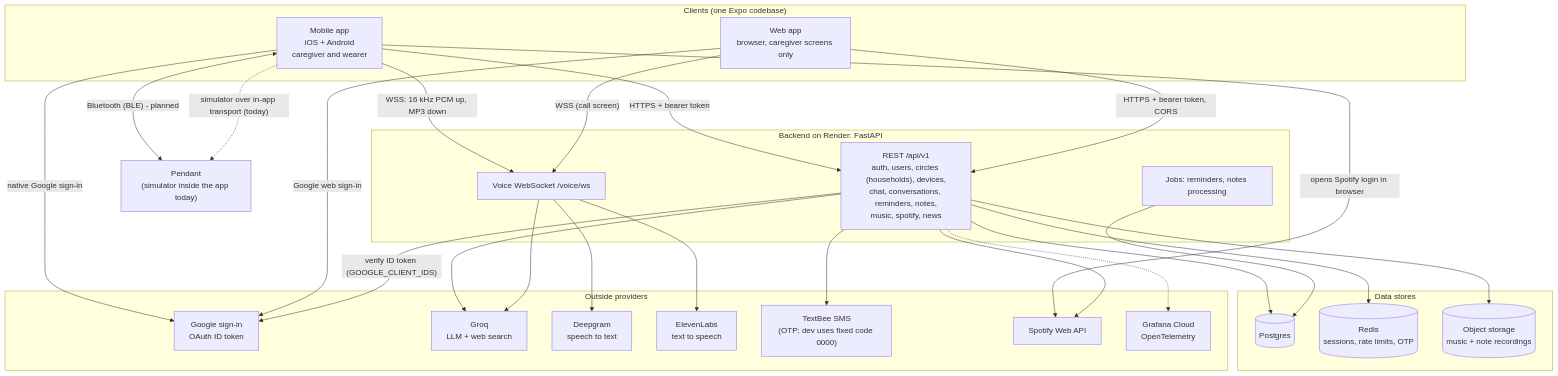
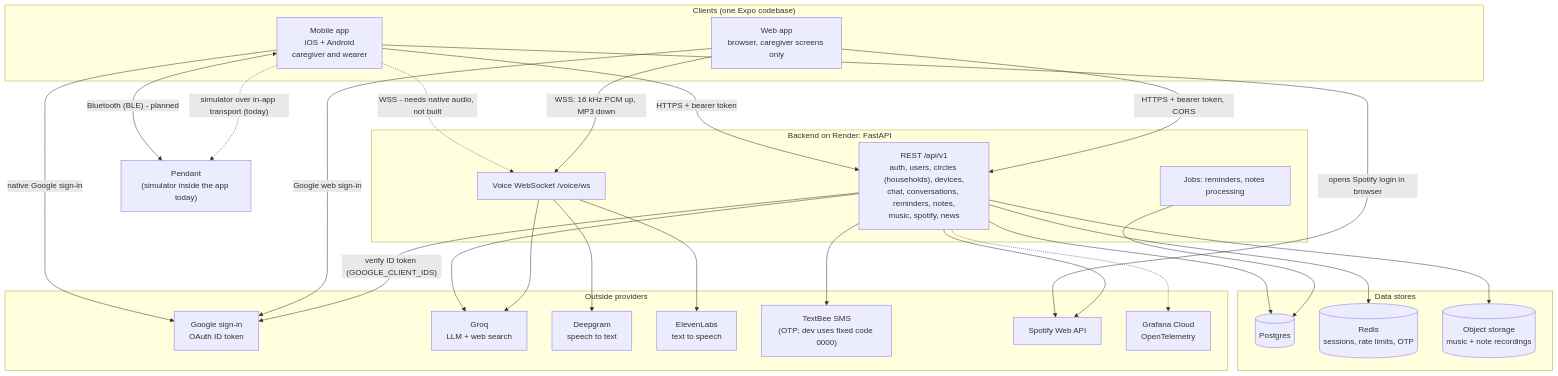
One commit to Svaraa-tech/Svaraa_Core changed the first of 7 diagrams in docs/development/ARCHITECTURE.md. Above: the diagram before and after it, drawn with Mermaid. The commit also changed other lines of this file and 11 other files, not shown here.

````diff
--- a/docs/development/ARCHITECTURE.md
+++ b/docs/development/ARCHITECTURE.md
@@ -8,54 +8,54 @@
 ```mermaid
 flowchart TB
   subgraph Clients["Clients (one Expo codebase)"]
     MOB["Mobile app<br/>iOS + Android<br/>caregiver and wearer"]
     WEB["Web app<br/>browser, caregiver screens only"]
   end
 
   PEN["Pendant<br/>(simulator inside the app today)"]
 
   subgraph Render["Backend on Render: FastAPI"]
     REST["REST /api/v1<br/>auth, users, circles (households), devices,<br/>chat, conversations, reminders, notes,<br/>music, spotify, news"]
     WS["Voice WebSocket /voice/ws"]
     JOBS["Jobs: reminders, notes processing"]
   end
 
   subgraph Data["Data stores"]
     PG[("Postgres")]
     RD[("Redis<br/>sessions, rate limits, OTP")]
     ST[("Object storage<br/>music + note recordings")]
   end
 
   subgraph Providers["Outside providers"]
     GG["Google sign-in<br/>OAuth ID token"]
     LLM["Groq<br/>LLM + web search"]
     STT["Deepgram<br/>speech to text"]
     TTS["ElevenLabs<br/>text to speech"]
     SMS["TextBee SMS<br/>(OTP; dev uses fixed code 0000)"]
     SP["Spotify Web API"]
     OBS["Grafana Cloud<br/>OpenTelemetry"]
   end
 
   MOB -->|HTTPS + bearer token| REST
   WEB -->|HTTPS + bearer token, CORS| REST
-  MOB -->|"WSS: 16 kHz PCM up, MP3 down"| WS
-  WEB -->|"WSS (call screen)"| WS
+  MOB -.->|"WSS - needs native audio, not built"| WS
+  WEB -->|"WSS: 16 kHz PCM up, MP3 down"| WS
   MOB <-->|"Bluetooth (BLE) - planned"| PEN
   MOB -.->|"simulator over in-app transport (today)"| PEN
   MOB -->|native Google sign-in| GG
   WEB -->|Google web sign-in| GG
   MOB -->|"opens Spotify login in browser"| SP
 
   REST --> PG
   REST --> RD
   REST --> ST
   REST -->|"verify ID token (GOOGLE_CLIENT_IDS)"| GG
   REST --> LLM
   REST --> SP
   REST --> SMS
   WS --> STT
   WS --> LLM
   WS --> TTS
   JOBS --> PG
   REST -.-> OBS
 ```
````
